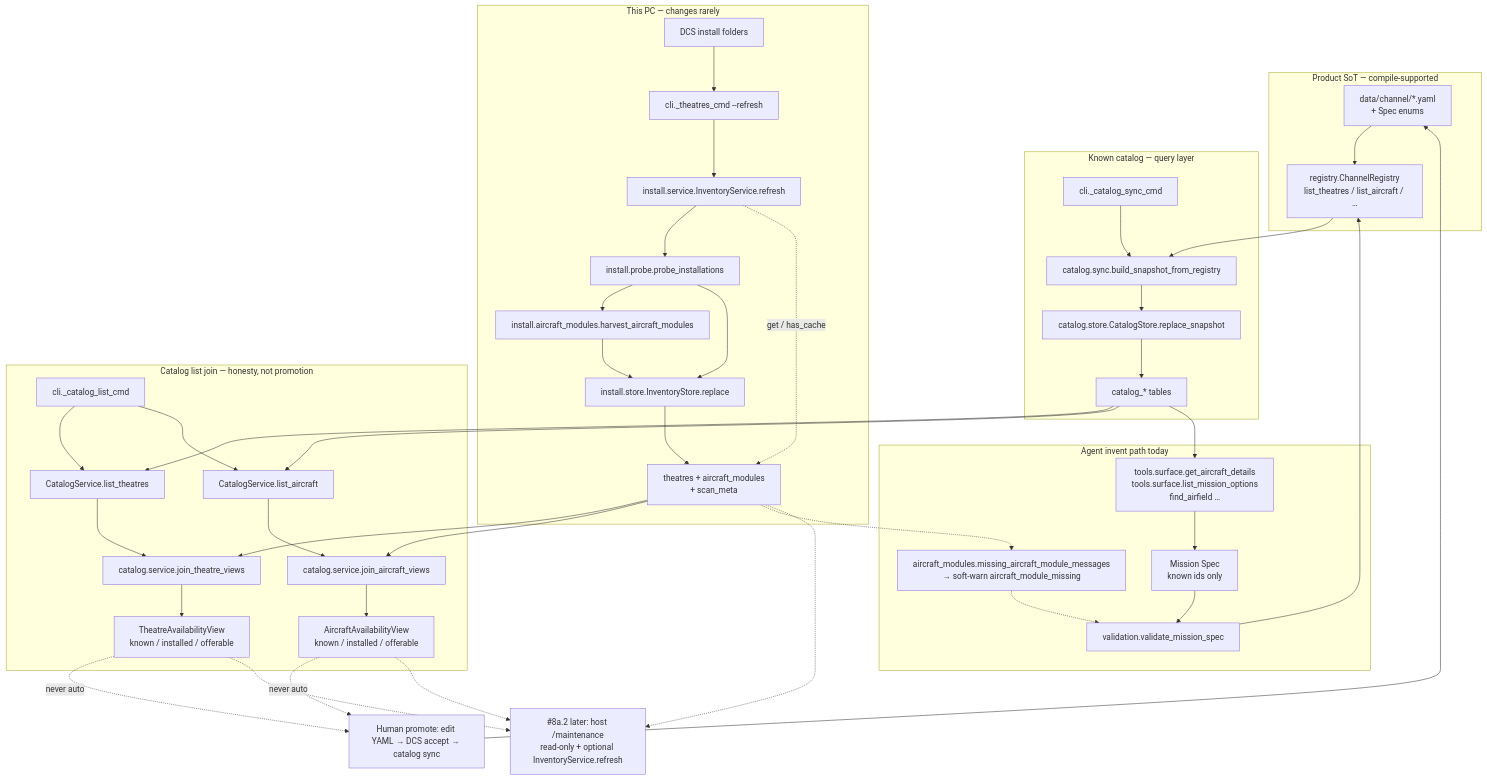
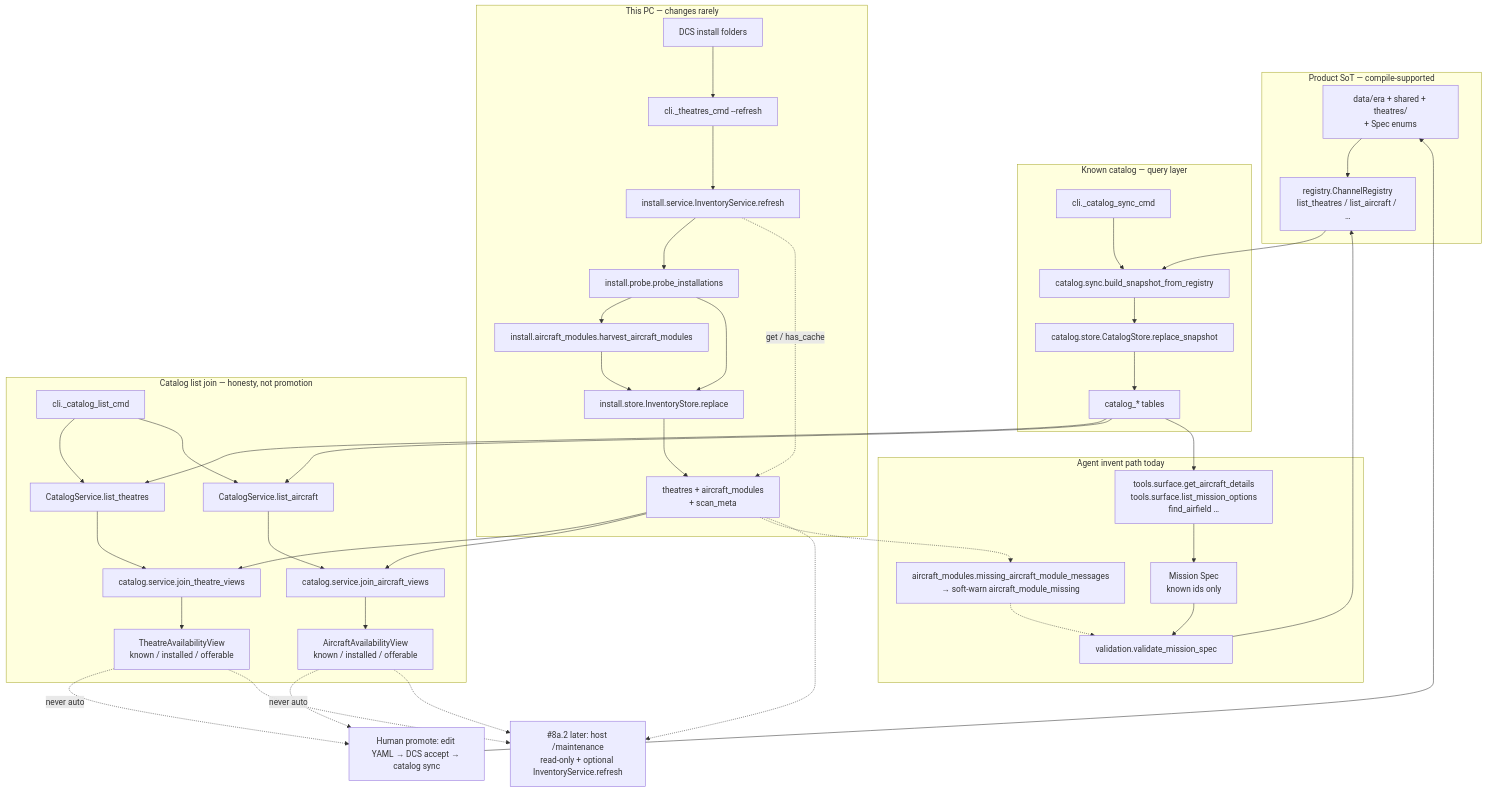
The second of 2 diagrams in docs/ARCHITECTURE.md (amalaguti/dcs-miz-planner-agentic), drawn with Mermaid before and after one commit. The commit also changed other lines of this file and 46 other files, not shown here.

First line of the commit message:
Split packaged registry into era, shared, and per-theatre YAML.

````diff
--- a/docs/ARCHITECTURE.md
+++ b/docs/ARCHITECTURE.md
@@ -147,69 +147,69 @@
 ```mermaid
 flowchart TB
     subgraph product ["Product SoT — compile-supported"]
-        yaml["data/channel/*.yaml<br/>+ Spec enums"]
+        yaml["data/era + shared + theatres/<SpecId><br/>+ Spec enums"]
         reg["registry.ChannelRegistry<br/>list_theatres / list_aircraft / …"]
         yaml --> reg
     end
 
     subgraph sync ["Known catalog — query layer"]
         cliSync["cli._catalog_sync_cmd"]
         build["catalog.sync.build_snapshot_from_registry"]
         cstore["catalog.store.CatalogStore.replace_snapshot"]
         ctab["catalog_* tables"]
         cliSync --> build --> cstore --> ctab
         reg --> build
     end
 
     subgraph disk ["This PC — changes rarely"]
         dcs["DCS install folders"]
         cliRef["cli._theatres_cmd --refresh"]
         invSvc["install.service.InventoryService.refresh"]
         probe["install.probe.probe_installations"]
         harvest["install.aircraft_modules.harvest_aircraft_modules"]
         istore["install.store.InventoryStore.replace"]
         inv["theatres + aircraft_modules<br/>+ scan_meta"]
         dcs --> cliRef --> invSvc --> probe
         probe --> harvest
         probe --> istore
         harvest --> istore
         istore --> inv
         invSvc -.get / has_cache.-> inv
     end
 
     subgraph join ["Catalog list join — honesty, not promotion"]
         cliList["cli._catalog_list_cmd"]
         listT["CatalogService.list_theatres"]
         listA["CatalogService.list_aircraft"]
         joinT["catalog.service.join_theatre_views"]
         joinA["catalog.service.join_aircraft_views"]
         flagsT["TheatreAvailabilityView<br/>known / installed / offerable"]
         flagsA["AircraftAvailabilityView<br/>known / installed / offerable"]
         cliList --> listT --> joinT --> flagsT
         cliList --> listA --> joinA --> flagsA
         ctab --> listT
         ctab --> listA
         inv --> joinT
         inv --> joinA
     end
 
     subgraph agent ["Agent invent path today"]
         tools["tools.surface.get_aircraft_details<br/>tools.surface.list_mission_options<br/>find_airfield …"]
         ctab --> tools
         tools --> spec["Mission Spec<br/>known ids only"]
         spec --> val["validation.validate_mission_spec"]
         val --> reg
         warn["aircraft_modules.missing_aircraft_module_messages<br/>→ soft-warn aircraft_module_missing"]
         inv -.-> warn -.-> val
     end
 
     promote["Human promote: edit YAML → DCS accept → catalog sync"]
     flagsT -.->|never auto| promote
     flagsA -.->|never auto| promote
     promote --> yaml
 
     maint["#8a.2 later: host /maintenance<br/>read-only + optional InventoryService.refresh"]
     inv -.-> maint
     flagsT -.-> maint
     flagsA -.-> maint
 ```
````
